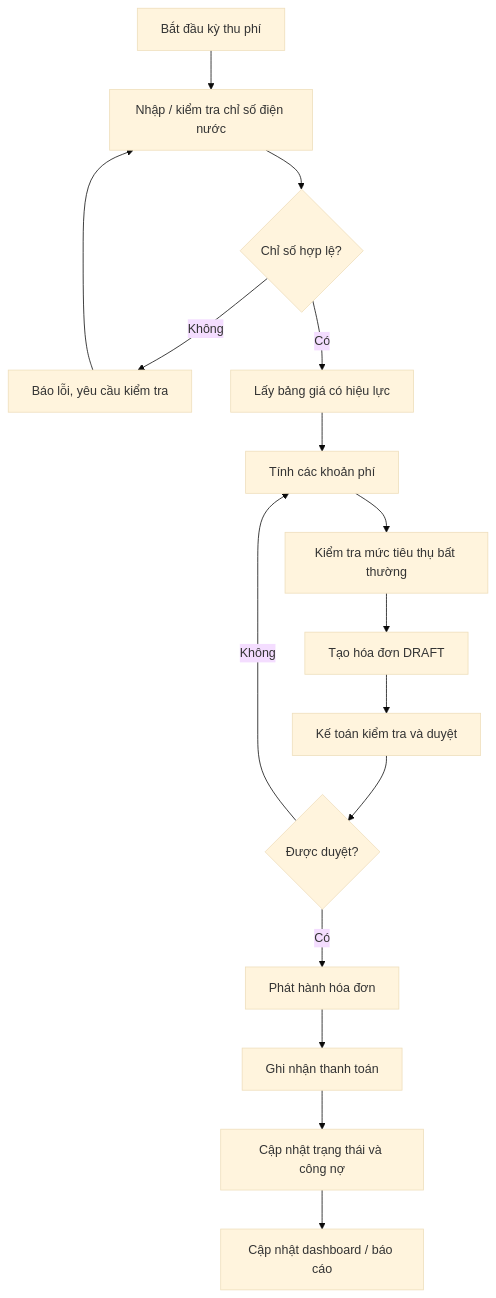
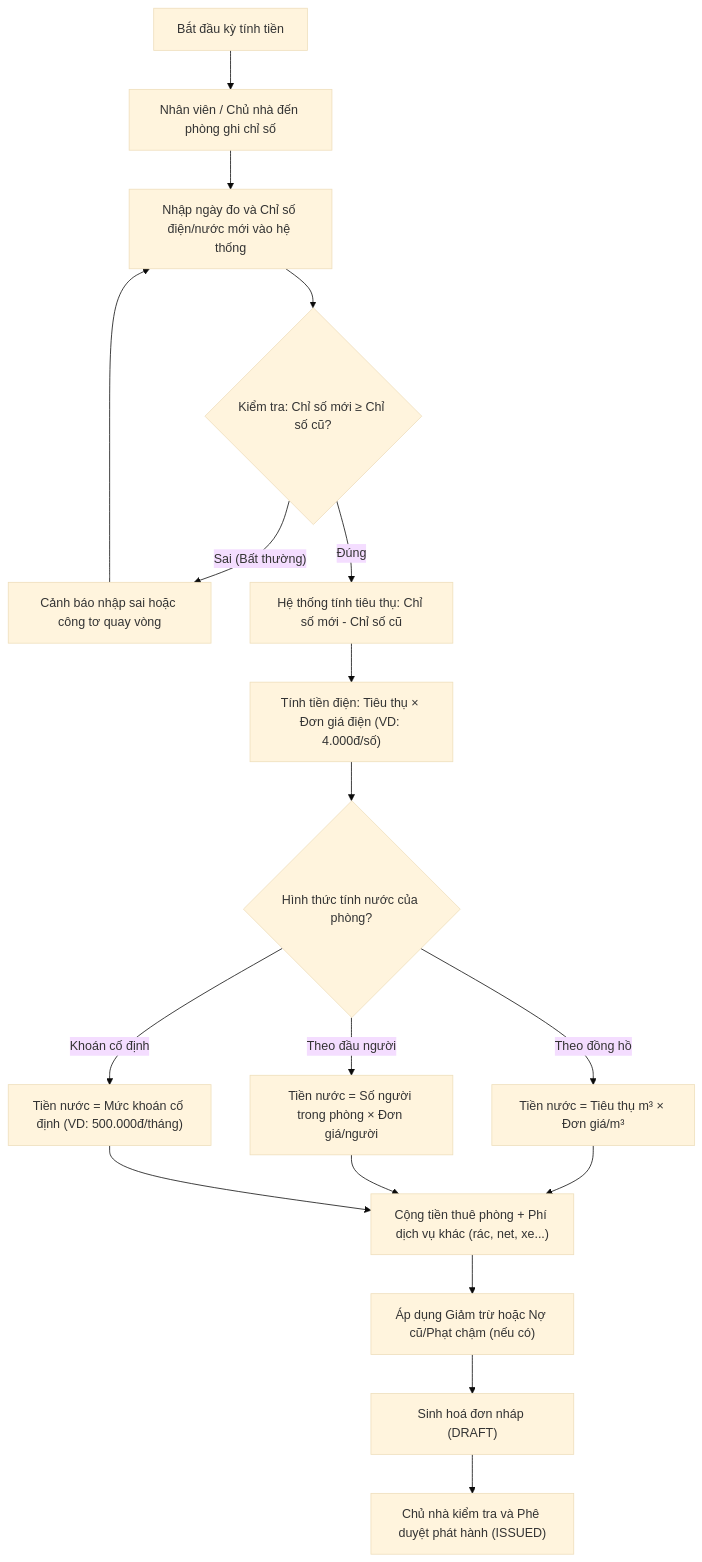
One commit to HuyyHoang2kk4/building-management-system changed the second of 5 diagrams in docs/02_SRS_He_thong_quan_ly_toa_nha.md. Above: the diagram before and after it, drawn with Mermaid (base theme). The commit also changed other lines of this file and 21 other files, not shown here.

````diff
--- a/docs/02_SRS_He_thong_quan_ly_toa_nha.md
+++ b/docs/02_SRS_He_thong_quan_ly_toa_nha.md
@@ -132,18 +110,18 @@
 ```mermaid
 flowchart TD
-    A["Bắt đầu kỳ thu phí"] --> B["Nhập / kiểm tra chỉ số điện nước"]
-    B --> C{"Chỉ số hợp lệ?"}
-    C -- "Không" --> D["Báo lỗi, yêu cầu kiểm tra"]
-    D --> B
-    C -- "Có" --> E["Lấy bảng giá có hiệu lực"]
-    E --> F["Tính các khoản phí"]
-    F --> G["Kiểm tra mức tiêu thụ bất thường"]
-    G --> H["Tạo hóa đơn DRAFT"]
-    H --> I["Kế toán kiểm tra và duyệt"]
-    I --> J{"Được duyệt?"}
-    J -- "Không" --> F
-    J -- "Có" --> K["Phát hành hóa đơn"]
-    K --> L["Ghi nhận thanh toán"]
-    L --> M["Cập nhật trạng thái và công nợ"]
-    M --> N["Cập nhật dashboard / báo cáo"]
+    A["Bắt đầu kỳ tính tiền"] --> B["Nhân viên / Chủ nhà đến phòng ghi chỉ số"]
+    B --> C["Nhập ngày đo và Chỉ số điện/nước mới vào hệ thống"]
+    C --> D{"Kiểm tra: Chỉ số mới ≥ Chỉ số cũ?"}
+    D -- "Sai (Bất thường)" --> E["Cảnh báo nhập sai hoặc công tơ quay vòng"]
+    E --> C
+    D -- "Đúng" --> F["Hệ thống tính tiêu thụ: Chỉ số mới - Chỉ số cũ"]
+    F --> G["Tính tiền điện: Tiêu thụ × Đơn giá điện (VD: 4.000đ/số)"]
+    G --> H{"Hình thức tính nước của phòng?"}
+    H -- "Theo đồng hồ" --> I["Tiền nước = Tiêu thụ m³ × Đơn giá/m³"]
+    H -- "Theo đầu người" --> J["Tiền nước = Số người trong phòng × Đơn giá/người"]
+    H -- "Khoán cố định" --> K["Tiền nước = Mức khoán cố định (VD: 500.000đ/tháng)"]
+    I & J & K --> L["Cộng tiền thuê phòng + Phí dịch vụ khác (rác, net, xe...)"]
+    L --> M["Áp dụng Giảm trừ hoặc Nợ cũ/Phạt chậm (nếu có)"]
+    M --> N["Sinh hoá đơn nháp (DRAFT)"]
+    N --> O["Chủ nhà kiểm tra và Phê duyệt phát hành (ISSUED)"]
 ```
````
